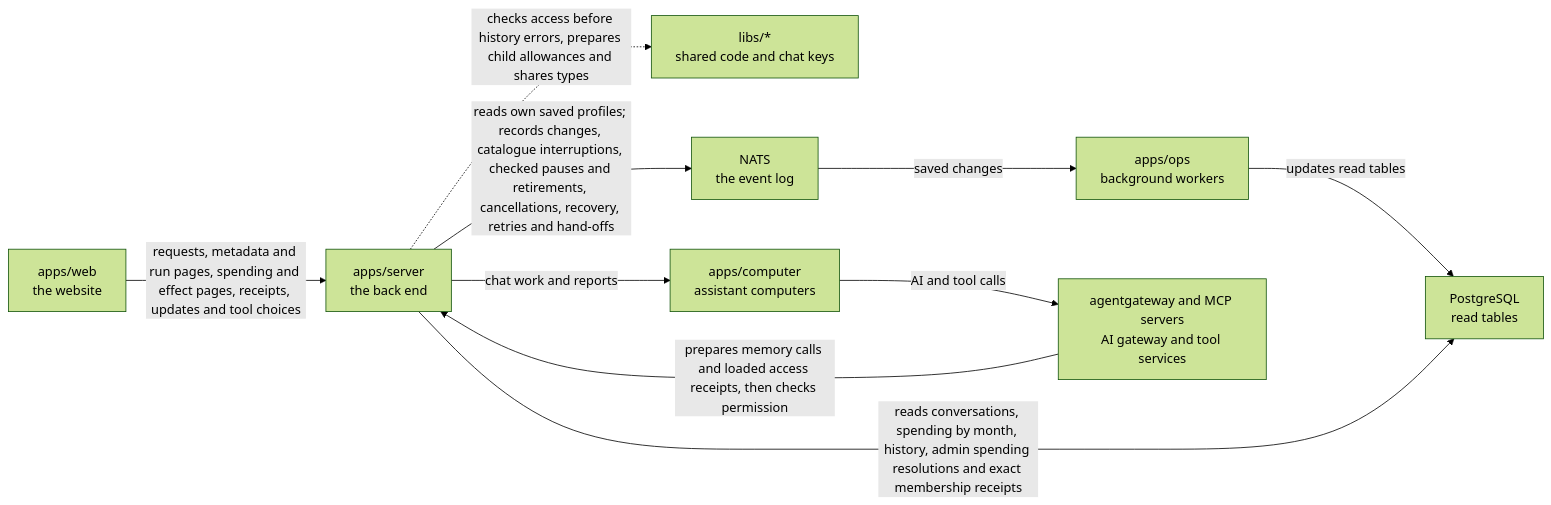
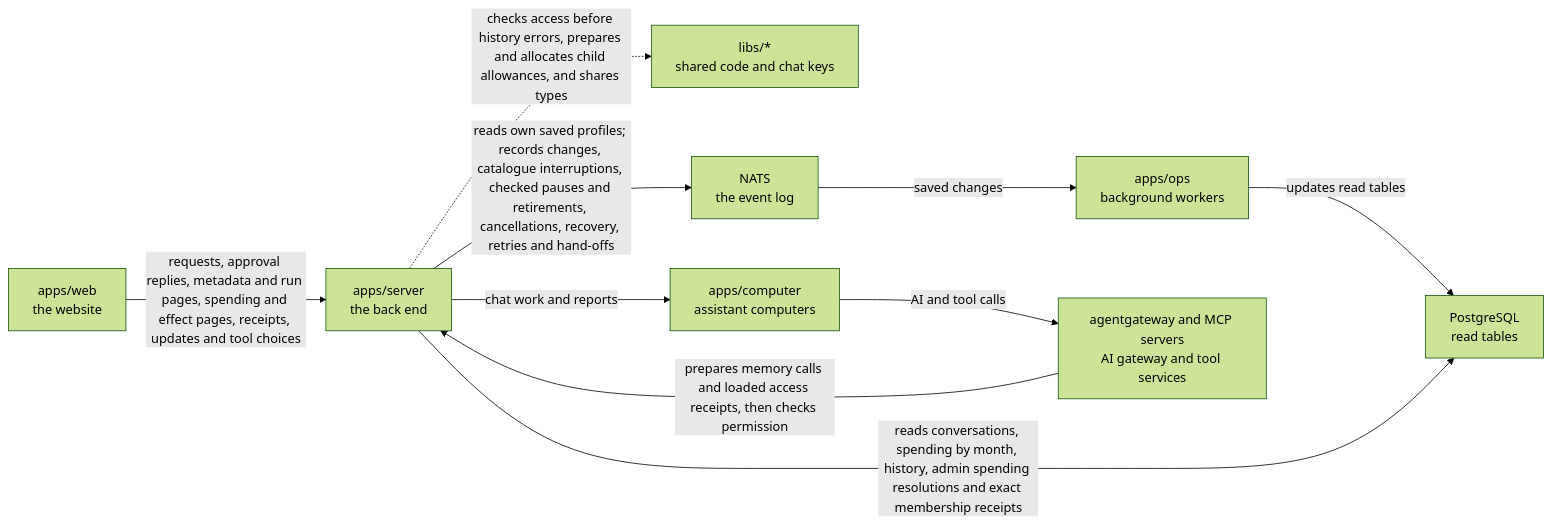
Before and after one commit to elewa-git/opencrane-new: the diagram in apps/server/README.md, drawn with Mermaid (forest theme). The commit also changed other lines of this file and 27 other files, not shown here.

First line of the commit message:
🛠️ Fix tool reply labels and local approval checks

````diff
--- a/apps/server/README.md
+++ b/apps/server/README.md
@@ -57,12 +60,12 @@
 ```mermaid
 flowchart LR
-  web["apps/web<br/>the website"] -->|requests, metadata and run pages, spending and effect pages, receipts, updates and tool choices| server["apps/server<br/>the back end"]
-  server -.->|checks access before history errors, prepares child allowances and shares types| libs["libs/*<br/>shared code and chat keys"]
+  web["apps/web<br/>the website"] -->|requests, approval replies, metadata and run pages, spending and effect pages, receipts, updates and tool choices| server["apps/server<br/>the back end"]
+  server -.->|checks access before history errors, prepares and allocates child allowances, and shares types| libs["libs/*<br/>shared code and chat keys"]
   server -->|reads own saved profiles; records changes, catalogue interruptions, checked pauses and retirements, cancellations, recovery, retries and hand-offs| nats["NATS<br/>the event log"]
   nats -->|saved changes| ops["apps/ops<br/>background workers"]
   ops -->|updates read tables| postgres["PostgreSQL<br/>read tables"]
   server -->|reads conversations, spending by month, history, admin spending resolutions and exact membership receipts| postgres
   server -->|chat work and reports| computer["apps/computer<br/>assistant computers"]
   computer -->|AI and tool calls| runtime["agentgateway and MCP servers<br/>AI gateway and tool services"]
   runtime -->|prepares memory calls and loaded access receipts, then checks permission| server
 ```
````
